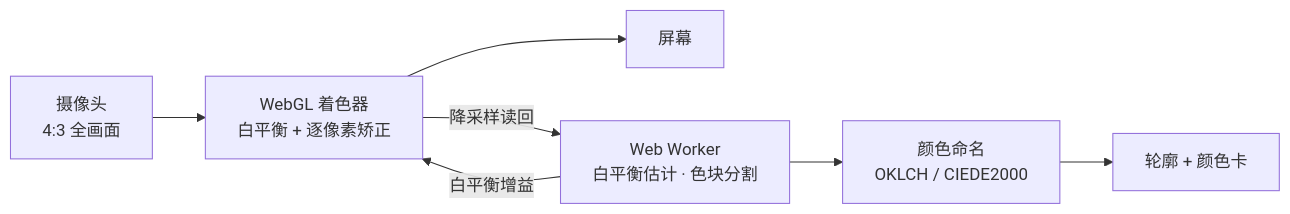
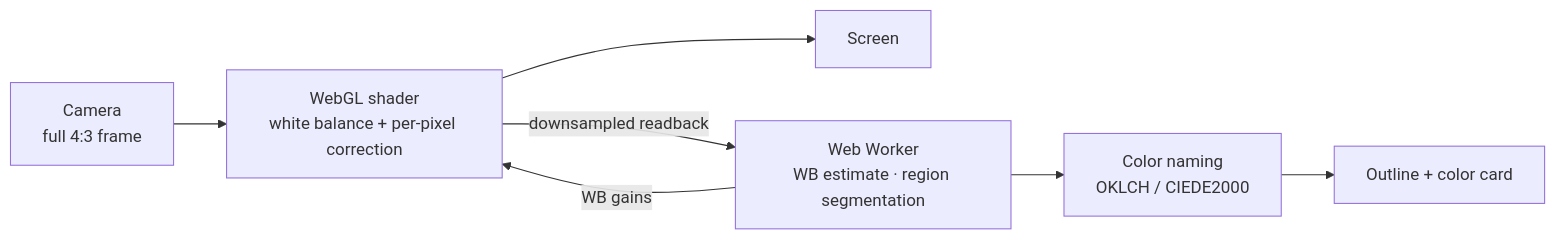
One commit to RoryLi98/AnomalousTrichromatismHelper changed the diagram in README.md. Above: the diagram before and after it, drawn with Mermaid. The commit also changed other lines of this file and 2 other files, not shown here.

````diff
--- a/README.md
+++ b/README.md
@@ -81,9 +99,9 @@
 ```mermaid
 flowchart LR
-    CAM["摄像头<br/>4:3 全画面"] --> GPU["WebGL 着色器<br/>白平衡 + 逐像素矫正"]
-    GPU --> SCR["屏幕"]
-    GPU -- "降采样读回" --> WK["Web Worker<br/>白平衡估计 · 色块分割"]
-    WK -- "白平衡增益" --> GPU
-    WK --> NAME["颜色命名<br/>OKLCH / CIEDE2000"]
-    NAME --> UI["轮廓 + 颜色卡"]
+    CAM["Camera<br/>full 4:3 frame"] --> GPU["WebGL shader<br/>white balance + per-pixel correction"]
+    GPU --> SCR["Screen"]
+    GPU -- "downsampled readback" --> WK["Web Worker<br/>WB estimate · region segmentation"]
+    WK -- "WB gains" --> GPU
+    WK --> NAME["Color naming<br/>OKLCH / CIEDE2000"]
+    NAME --> UI["Outline + color card"]
 ```
````
